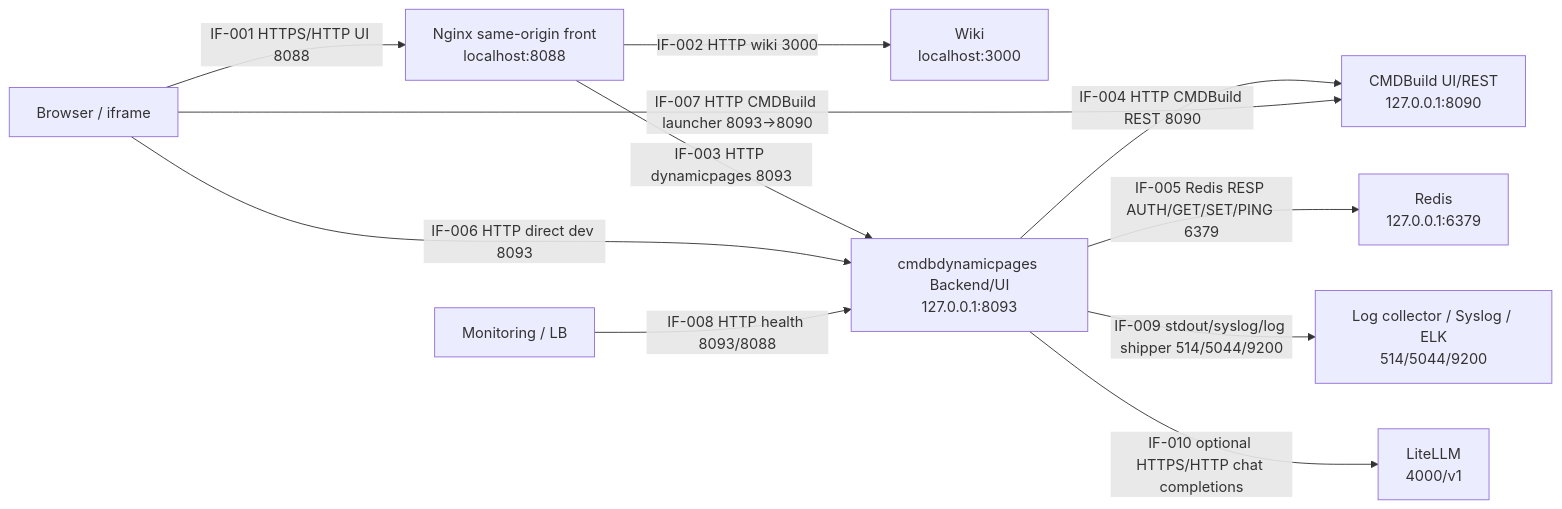
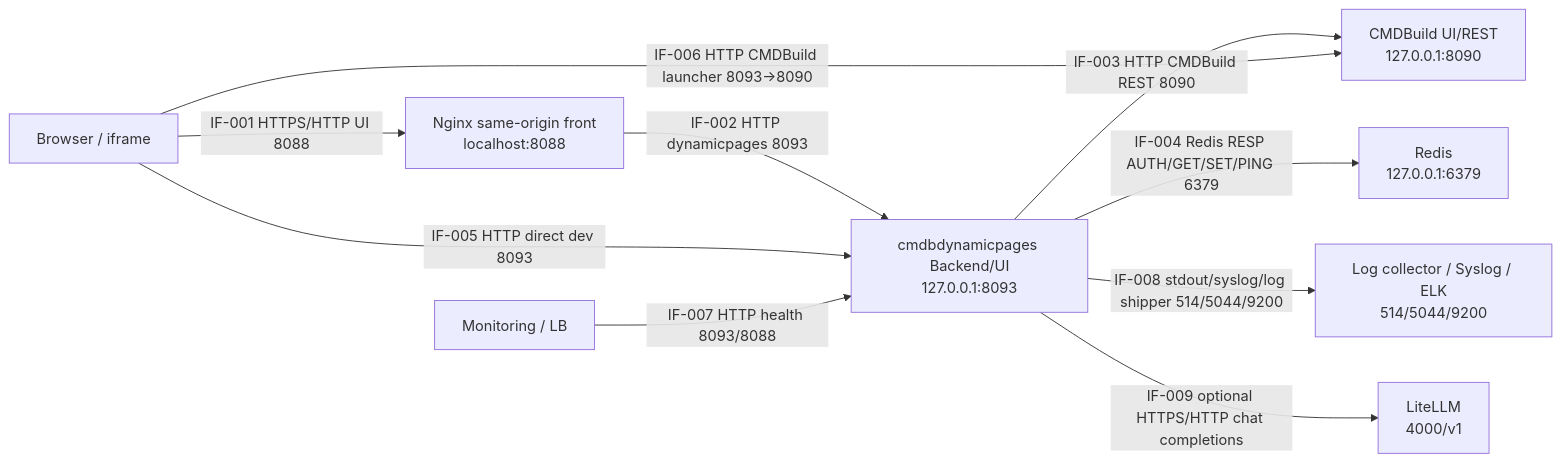
The diagram in aa/information-model.md (igorlyapin-max/cmdbdynamicpages), drawn with Mermaid before and after one commit. The commit also changed other lines of this file and 43 other files, not shown here.

````diff
--- a/aa/information-model.md
+++ b/aa/information-model.md
@@ -5,23 +5,21 @@
 ```mermaid
 flowchart LR
   Browser[Browser / iframe]
   Nginx[Nginx same-origin front<br/>localhost:8088]
-  Wiki[Wiki<br/>localhost:3000]
   Backend[cmdbdynamicpages Backend/UI<br/>127.0.0.1:8093]
   CMDB[CMDBuild UI/REST<br/>127.0.0.1:8090]
   Redis[Redis<br/>127.0.0.1:6379]
   LLM[LiteLLM<br/>4000/v1]
   Monitor[Monitoring / LB]
   Logs[Log collector / Syslog / ELK<br/>514/5044/9200]
 
   Browser -->|IF-001 HTTPS/HTTP UI 8088| Nginx
-  Nginx -->|IF-002 HTTP wiki 3000| Wiki
-  Nginx -->|IF-003 HTTP dynamicpages 8093| Backend
-  Backend -->|IF-004 HTTP CMDBuild REST 8090| CMDB
-  Backend -->|IF-005 Redis RESP AUTH/GET/SET/PING 6379| Redis
-  Browser -->|IF-006 HTTP direct dev 8093| Backend
-  Browser -->|IF-007 HTTP CMDBuild launcher 8093->8090| CMDB
-  Monitor -->|IF-008 HTTP health 8093/8088| Backend
-  Backend -->|IF-009 stdout/syslog/log shipper 514/5044/9200| Logs
-  Backend -->|IF-010 optional HTTPS/HTTP chat completions| LLM
+  Nginx -->|IF-002 HTTP dynamicpages 8093| Backend
+  Backend -->|IF-003 HTTP CMDBuild REST 8090| CMDB
+  Backend -->|IF-004 Redis RESP AUTH/GET/SET/PING 6379| Redis
+  Browser -->|IF-005 HTTP direct dev 8093| Backend
+  Browser -->|IF-006 HTTP CMDBuild launcher 8093->8090| CMDB
+  Monitor -->|IF-007 HTTP health 8093/8088| Backend
+  Backend -->|IF-008 stdout/syslog/log shipper 514/5044/9200| Logs
+  Backend -->|IF-009 optional HTTPS/HTTP chat completions| LLM
 ```
````
